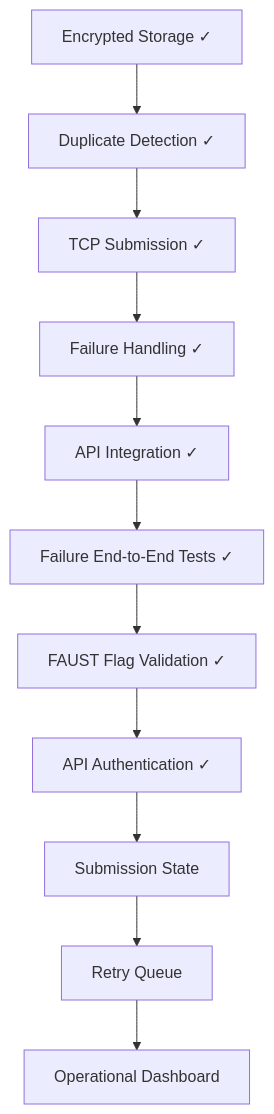
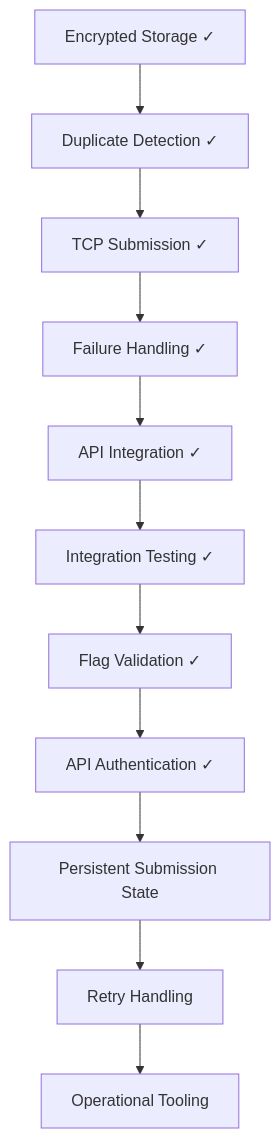
One commit to Denis-Krueger-labs/MOTH changed the fourth of 4 diagrams in README.md. Above: the diagram before and after it, drawn with Mermaid. The commit also changed other lines of this file and 1 other file, not shown here.

````diff
--- a/README.md
+++ b/README.md
@@ -1219,25 +654,25 @@
 ```mermaid
 flowchart TD
     A[Encrypted Storage ✓]
     B[Duplicate Detection ✓]
     C[TCP Submission ✓]
     D[Failure Handling ✓]
     E[API Integration ✓]
-    F[Failure End-to-End Tests ✓]
-    G[FAUST Flag Validation ✓]
+    F[Integration Testing ✓]
+    G[Flag Validation ✓]
     H[API Authentication ✓]
-    I[Submission State]
-    J[Retry Queue]
-    K[Operational Dashboard]
+    I[Persistent Submission State]
+    J[Retry Handling]
+    K[Operational Tooling]
 
     A --> B
     B --> C
     C --> D
     D --> E
     E --> F
     F --> G
     G --> H
     H --> I
     I --> J
     J --> K
 ```
````
